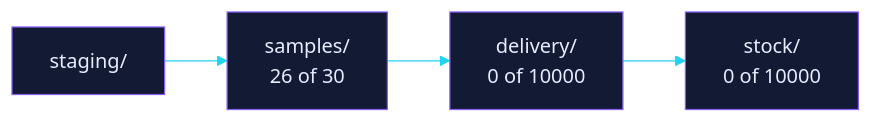
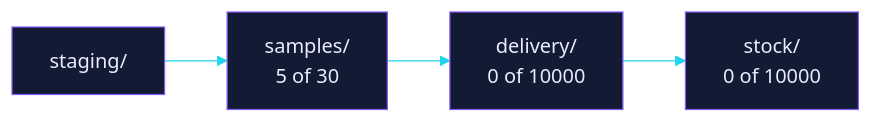
Before and after one commit to EtharaLabs/mephisto-samples: the second of 2 diagrams in README.md, drawn with Mermaid. The commit also changed other lines of this file, not shown here.

````diff
--- a/README.md
+++ b/README.md
@@ -194,8 +88,8 @@
 ```mermaid
 %%{init: {"theme":"base","themeVariables":{"primaryColor":"#131a33","primaryTextColor":"#e8ecff","primaryBorderColor":"#845EF7","lineColor":"#22d3ee","fontFamily":"monospace"}}}%%
 flowchart LR
     staging["staging/"]
-    staging --> samples["samples/<br/>26 of 30"]
+    staging --> samples["samples/<br/>5 of 30"]
     samples --> delivery["delivery/<br/>0 of 10000"]
     delivery --> stock["stock/<br/>0 of 10000"]
 ```
````
